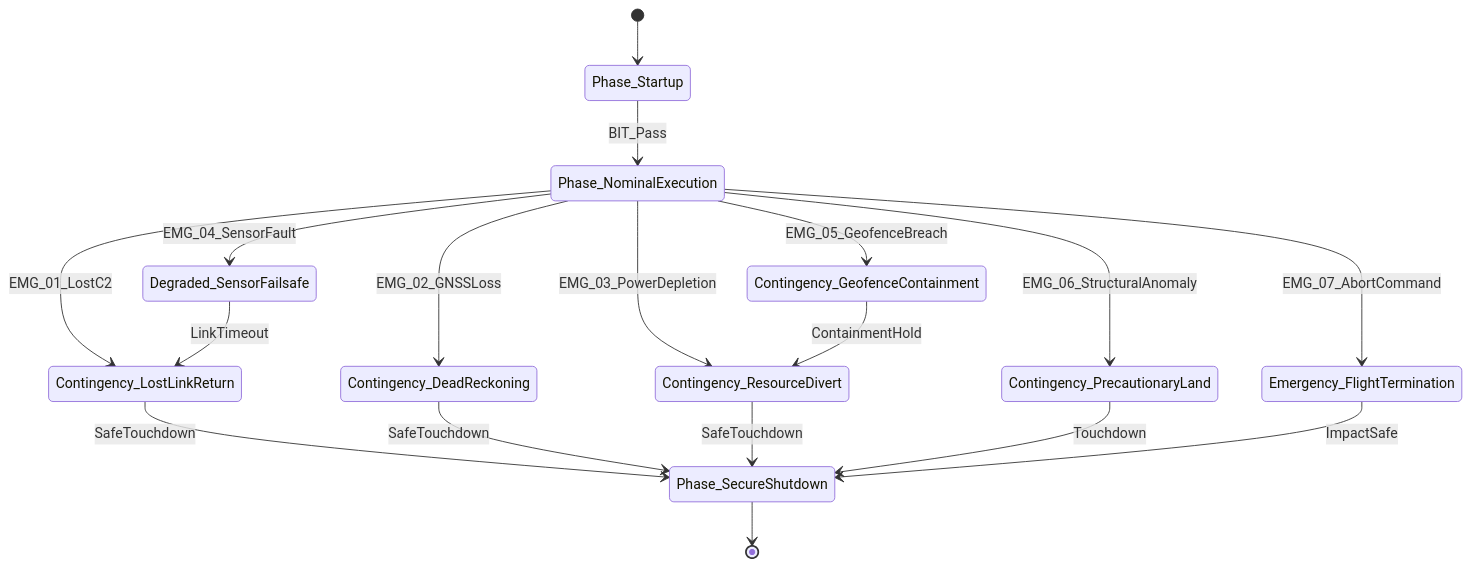
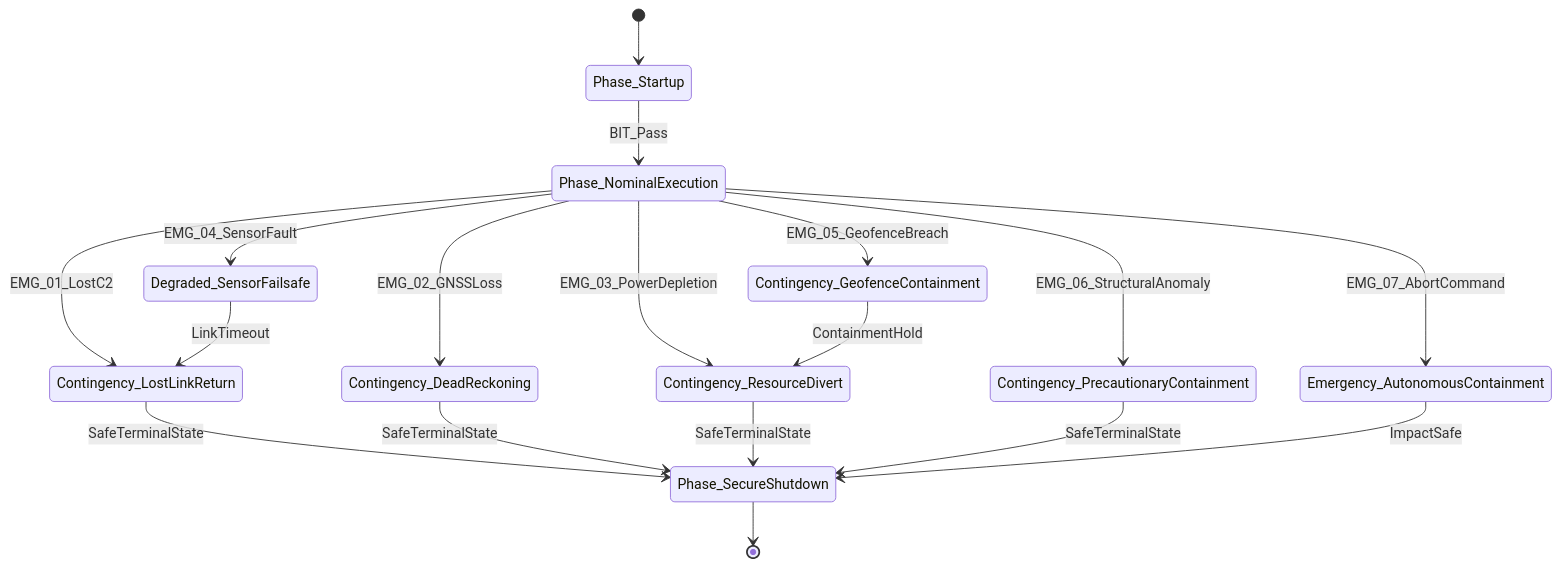
One commit to gintatkinson/DEAP-avionic-flight-safety changed the diagram in skills/spec-conops-engineering/resources/units/conops/12_EMERGENCY_DECISION_MATRIX.md. Above: the diagram before and after it, drawn with Mermaid. The commit also changed other lines of this file and 594 other files, not shown here.

Commit message:
chore(pipeline): propagate verified Section 5.5 initialization sequence and Antigravity governance (refs #387, refs #386, refs #385, refs #384, refs #383, refs #382, refs #381, refs #380, refs #379, refs #378, refs #372)

````diff
--- a/skills/spec-conops-engineering/resources/units/conops/12_EMERGENCY_DECISION_MATRIX.md
+++ b/skills/spec-conops-engineering/resources/units/conops/12_EMERGENCY_DECISION_MATRIX.md
@@ -35,20 +35,20 @@
 ```mermaid
 stateDiagram-v2
     [*] --> Phase_Startup
     Phase_Startup --> Phase_NominalExecution : BIT_Pass
     Phase_NominalExecution --> Degraded_SensorFailsafe : EMG_04_SensorFault
     Phase_NominalExecution --> Contingency_LostLinkReturn : EMG_01_LostC2
     Phase_NominalExecution --> Contingency_DeadReckoning : EMG_02_GNSSLoss
     Phase_NominalExecution --> Contingency_ResourceDivert : EMG_03_PowerDepletion
     Phase_NominalExecution --> Contingency_GeofenceContainment : EMG_05_GeofenceBreach
-    Phase_NominalExecution --> Contingency_PrecautionaryLand : EMG_06_StructuralAnomaly
-    Phase_NominalExecution --> Emergency_FlightTermination : EMG_07_AbortCommand
+    Phase_NominalExecution --> Contingency_PrecautionaryContainment : EMG_06_StructuralAnomaly
+    Phase_NominalExecution --> Emergency_AutonomousContainment : EMG_07_AbortCommand
     Degraded_SensorFailsafe --> Contingency_LostLinkReturn : LinkTimeout
-    Contingency_LostLinkReturn --> Phase_SecureShutdown : SafeTouchdown
-    Contingency_DeadReckoning --> Phase_SecureShutdown : SafeTouchdown
-    Contingency_ResourceDivert --> Phase_SecureShutdown : SafeTouchdown
+    Contingency_LostLinkReturn --> Phase_SecureShutdown : SafeTerminalState
+    Contingency_DeadReckoning --> Phase_SecureShutdown : SafeTerminalState
+    Contingency_ResourceDivert --> Phase_SecureShutdown : SafeTerminalState
     Contingency_GeofenceContainment --> Contingency_ResourceDivert : ContainmentHold
-    Contingency_PrecautionaryLand --> Phase_SecureShutdown : Touchdown
-    Emergency_FlightTermination --> Phase_SecureShutdown : ImpactSafe
+    Contingency_PrecautionaryContainment --> Phase_SecureShutdown : SafeTerminalState
+    Emergency_AutonomousContainment --> Phase_SecureShutdown : ImpactSafe
     Phase_SecureShutdown --> [*]
 ```
````
